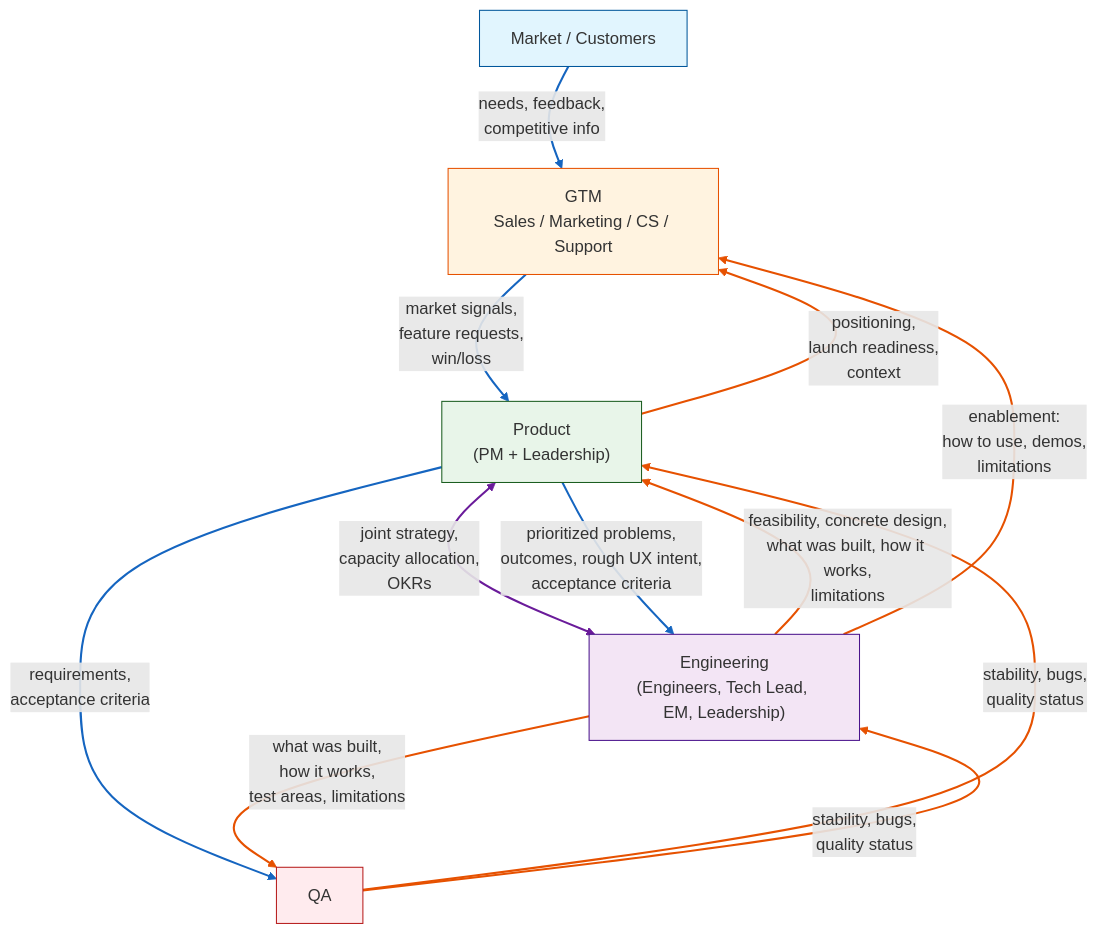
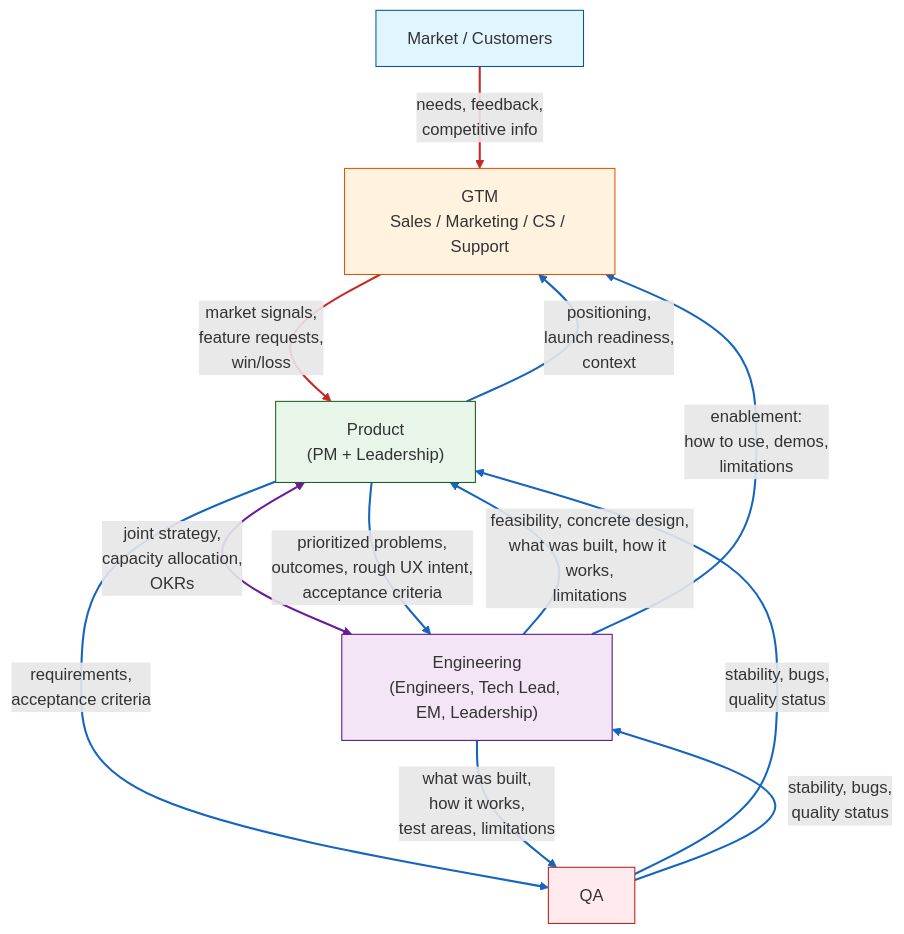
The diagram in docs/organization-info-flow.md (mingwai-tam/lead-manage-admin), drawn with Mermaid before and after one commit. The commit also changed other lines of this file, not shown here.

Commit message:
Recolor arrows: red for market-into-company, blue for product/code info

````diff
--- a/docs/organization-info-flow.md
+++ b/docs/organization-info-flow.md
@@ -62,56 +62,53 @@
 ```mermaid
 flowchart TD
     Market["Market / Customers"]
     GTM["GTM\nSales / Marketing / CS / Support"]
     Product["Product\n(PM + Leadership)"]
     Engineering["Engineering\n(Engineers, Tech Lead, EM, Leadership)"]
     QA["QA"]
 
     Market -->|"needs, feedback,\ncompetitive info"| GTM
     GTM -->|"market signals,\nfeature requests,\nwin/loss"| Product
 
     Product <-->|"joint strategy,\ncapacity allocation,\nOKRs"| Engineering
 
     Product -->|"prioritized problems,\noutcomes, rough UX intent,\nacceptance criteria"| Engineering
     Product -->|"requirements,\nacceptance criteria"| QA
 
     Engineering -->|"feasibility, concrete design,\nwhat was built, how it works,\nlimitations"| Product
     Engineering -->|"what was built,\nhow it works,\ntest areas, limitations"| QA
     Engineering -->|"enablement:\nhow to use, demos,\nlimitations"| GTM
 
     QA -->|"stability, bugs,\nquality status"| Product
     QA -->|"stability, bugs,\nquality status"| Engineering
 
     Product -->|"positioning,\nlaunch readiness,\ncontext"| GTM
 
-    %% Force clearer ranking with invisible edges
-    Market ~~~ GTM
-    GTM ~~~ Product
-    Product ~~~ Engineering
-    Product ~~~ QA
-
-    %% Colors — adjusted so blue tends downward, orange upward in normal render
-    linkStyle 0 stroke:#1565c0,stroke-width:2px
-    linkStyle 1 stroke:#1565c0,stroke-width:2px
+    %% Colors by information type
+    %% 0-1: market into company
+    linkStyle 0 stroke:#c62828,stroke-width:2px
+    linkStyle 1 stroke:#c62828,stroke-width:2px
+    %% 2: bidirectional strategy
     linkStyle 2 stroke:#6a1b9a,stroke-width:2px
+    %% 3-10: from product and code
     linkStyle 3 stroke:#1565c0,stroke-width:2px
     linkStyle 4 stroke:#1565c0,stroke-width:2px
-    linkStyle 5 stroke:#e65100,stroke-width:2px
-    linkStyle 6 stroke:#e65100,stroke-width:2px
-    linkStyle 7 stroke:#e65100,stroke-width:2px
-    linkStyle 8 stroke:#e65100,stroke-width:2px
-    linkStyle 9 stroke:#e65100,stroke-width:2px
-    linkStyle 10 stroke:#e65100,stroke-width:2px
+    linkStyle 5 stroke:#1565c0,stroke-width:2px
+    linkStyle 6 stroke:#1565c0,stroke-width:2px
+    linkStyle 7 stroke:#1565c0,stroke-width:2px
+    linkStyle 8 stroke:#1565c0,stroke-width:2px
+    linkStyle 9 stroke:#1565c0,stroke-width:2px
+    linkStyle 10 stroke:#1565c0,stroke-width:2px
 
     classDef external fill:#e1f5fe,stroke:#01579b
     classDef gtm fill:#fff3e0,stroke:#e65100
     classDef product fill:#e8f5e9,stroke:#1b5e20
     classDef eng fill:#f3e5f5,stroke:#4a148c
     classDef qa fill:#ffebee,stroke:#b71c1c
 
     class Market external
     class GTM gtm
     class Product product
     class Engineering eng
     class QA qa
 ```
````
